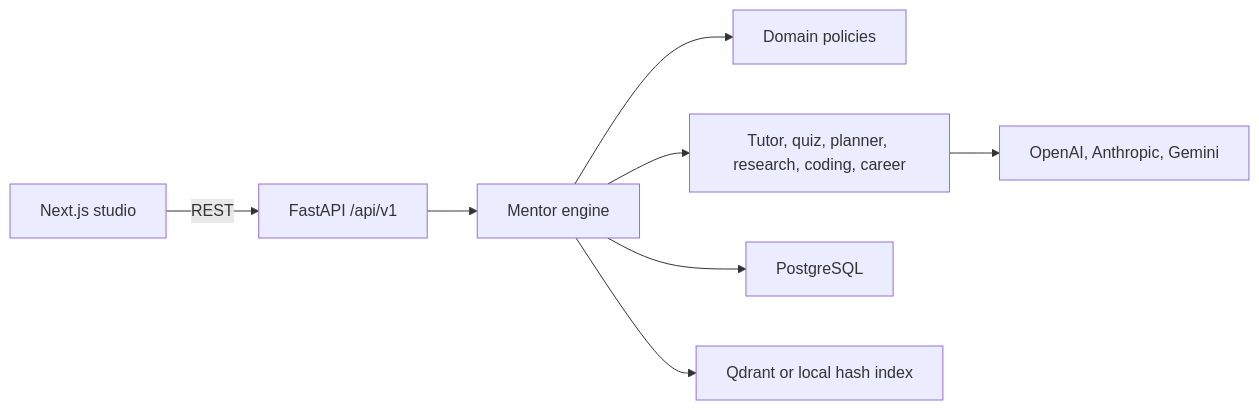
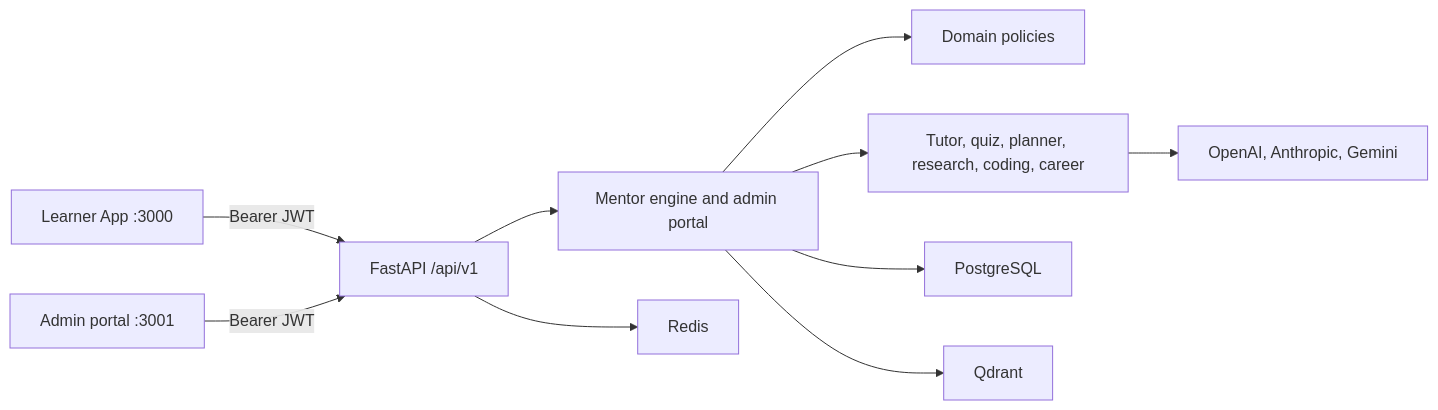
Before and after one commit to Nditah/AI-Mentor: the diagram in README.md, drawn with Mermaid. The commit also changed other lines of this file and 333 other files, not shown here.

````diff
--- a/README.md
+++ b/README.md
@@ -64,19 +69,23 @@
 ```mermaid
 flowchart LR
-  Browser["Next.js studio"]
+  Learner["Learner App :3000"]
+  Admin["Admin portal :3001"]
   API["FastAPI /api/v1"]
-  Engine["Mentor engine"]
+  Engine["Mentor engine and admin portal"]
   Domain["Domain policies"]
   Agents["Tutor, quiz, planner, research, coding, career"]
   Models["OpenAI, Anthropic, Gemini"]
   PG["PostgreSQL"]
-  QD["Qdrant or local hash index"]
+  QD["Qdrant"]
+  RD["Redis"]
 
-  Browser -->|REST| API
+  Learner -->|Bearer JWT| API
+  Admin -->|Bearer JWT| API
+  API --> RD
   API --> Engine
   Engine --> Domain
   Engine --> Agents
   Agents --> Models
   Engine --> PG
   Engine --> QD
 ```
````
